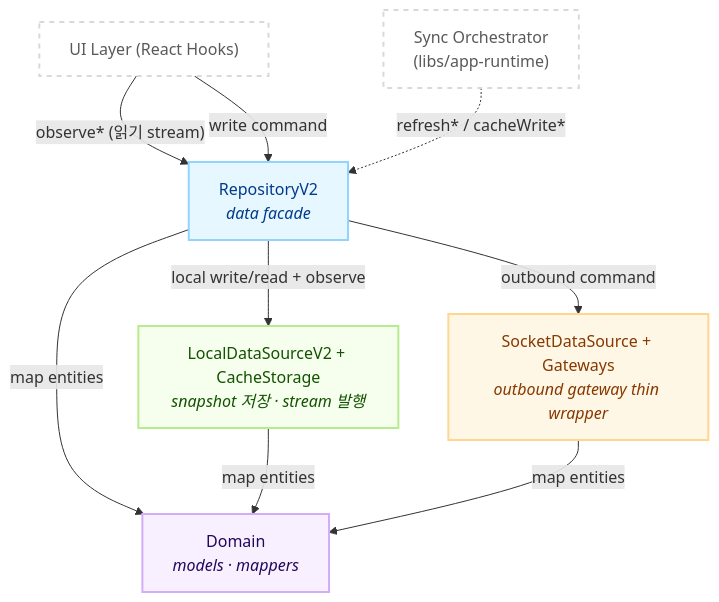
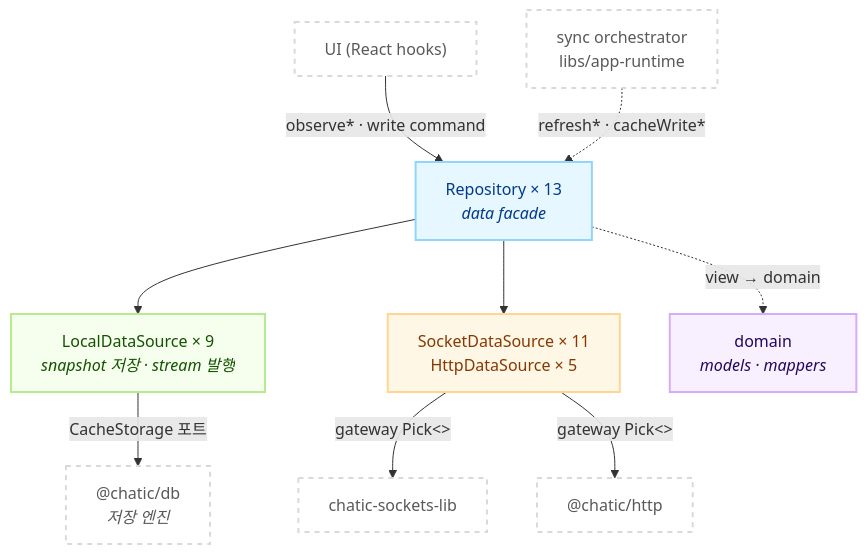
Before and after one commit to lemoncloud-io/dou-app: the first of 2 diagrams in libs/data/README.md, drawn with Mermaid. The commit also changed other lines of this file and 119 other files, not shown here.

First line of the commit message:
refactor(data): flatten src/data one level up and split the docs by layer

````diff
--- a/libs/data/README.md
+++ b/libs/data/README.md
@@ -41,25 +39,29 @@
 ```mermaid
 flowchart TD
-    classDef repository fill:#e6f7ff,stroke:#91d5ff,stroke-width:2px,color:#003a8c;
+    classDef repo fill:#e6f7ff,stroke:#91d5ff,stroke-width:2px,color:#003a8c;
     classDef local fill:#f6ffed,stroke:#b7eb8f,stroke-width:2px,color:#135200;
     classDef remote fill:#fff7e6,stroke:#ffd591,stroke-width:2px,color:#873800;
     classDef domain fill:#f9f0ff,stroke:#d3adf7,stroke-width:2px,color:#22075e;
     classDef ext fill:#ffffff,stroke:#d9d9d9,stroke-width:2px,color:#595959,stroke-dasharray: 5 5;
 
-    UI["UI Layer (React Hooks)"]:::ext
-    Sync["Sync Orchestrator<br/>(libs/app-runtime)"]:::ext
+    UI["UI (React hooks)"]:::ext
+    Sync["sync orchestrator<br/>libs/app-runtime"]:::ext
 
-    Repo["RepositoryV2<br/><i>data facade</i>"]:::repository
-    Local["LocalDataSourceV2 + CacheStorage<br/><i>snapshot 저장 · stream 발행</i>"]:::local
-    Remote["SocketDataSource + Gateways<br/><i>outbound gateway thin wrapper</i>"]:::remote
-    Domain["Domain<br/><i>models · mappers</i>"]:::domain
+    Repo["Repository × 13<br/><i>data facade</i>"]:::repo
+    Local["LocalDataSource × 9<br/><i>snapshot 저장 · stream 발행</i>"]:::local
+    Remote["SocketDataSource × 11<br/>HttpDataSource × 5"]:::remote
+    Domain["domain<br/><i>models · mappers</i>"]:::domain
 
-    UI -->|"observe* (읽기 stream)"| Repo
-    UI -->|"write command"| Repo
-    Sync -.->|"refresh* / cacheWrite*"| Repo
+    DB["@chatic/db<br/><i>저장 엔진</i>"]:::ext
+    Sock["chatic-sockets-lib"]:::ext
+    Http["@chatic/http"]:::ext
 
-    Repo -->|"local write/read + observe"| Local
-    Repo -->|"outbound command"| Remote
-
-    Repo & Local & Remote -->|"map entities"| Domain
+    UI -->|"observe* · write command"| Repo
+    Sync -.->|"refresh* · cacheWrite*"| Repo
+    Repo --> Local
+    Repo --> Remote
+    Repo -.->|"view → domain"| Domain
+    Local -->|"CacheStorage 포트"| DB
+    Remote -->|"gateway Pick&lt;&gt;"| Sock
+    Remote -->|"gateway Pick&lt;&gt;"| Http
 ```
````
